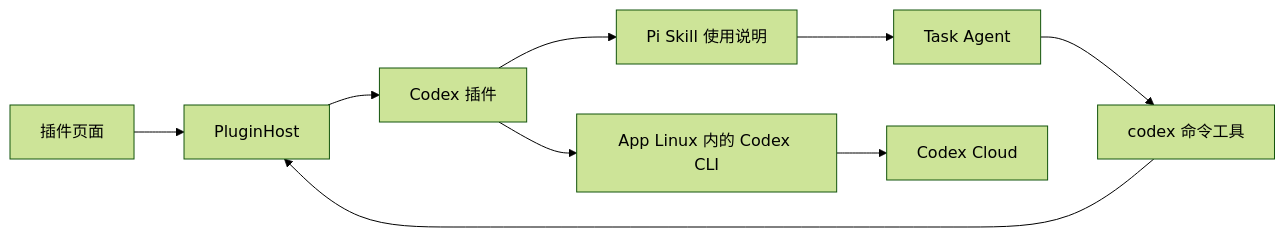
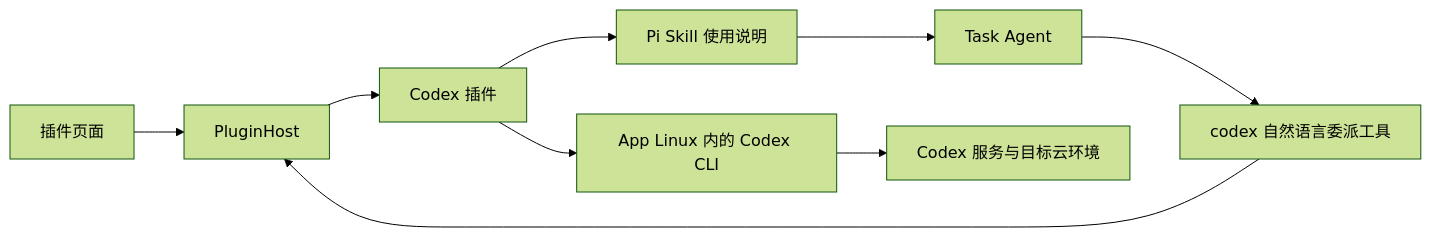
One commit to GrinZero/super-looi changed the diagram in docs/plans/plugin-system-and-codex-cloud-plan.md. Above: the diagram before and after it, drawn with Mermaid (forest theme). The commit also changed other lines of this file and 1 other file, not shown here.

Commit message:
docs: delegate natural-language tasks to Codex and assess A2A

````diff
--- a/docs/plans/plugin-system-and-codex-cloud-plan.md
+++ b/docs/plans/plugin-system-and-codex-cloud-plan.md
@@ -7,11 +7,11 @@
 ```mermaid
 flowchart LR
   U[插件页面] --> H[PluginHost]
   P[Codex 插件] --> S[Pi Skill 使用说明]
   S --> A[Task Agent]
-  A --> T[codex 命令工具]
+  A --> T[codex 自然语言委派工具]
   T --> H
   H --> P
   P --> L[App Linux 内的 Codex CLI]
-  L --> C[Codex Cloud]
+  L --> C[Codex 服务与目标云环境]
 ```
````
